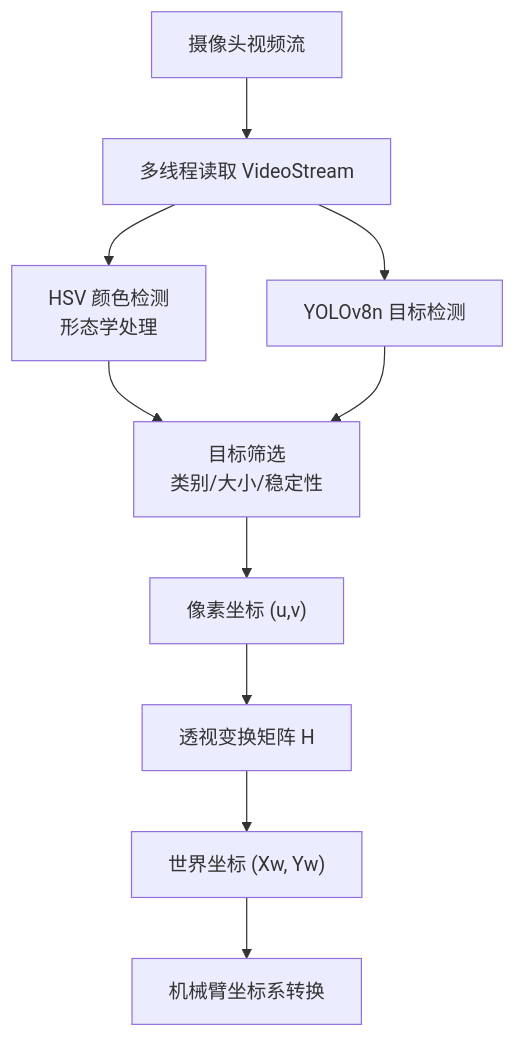
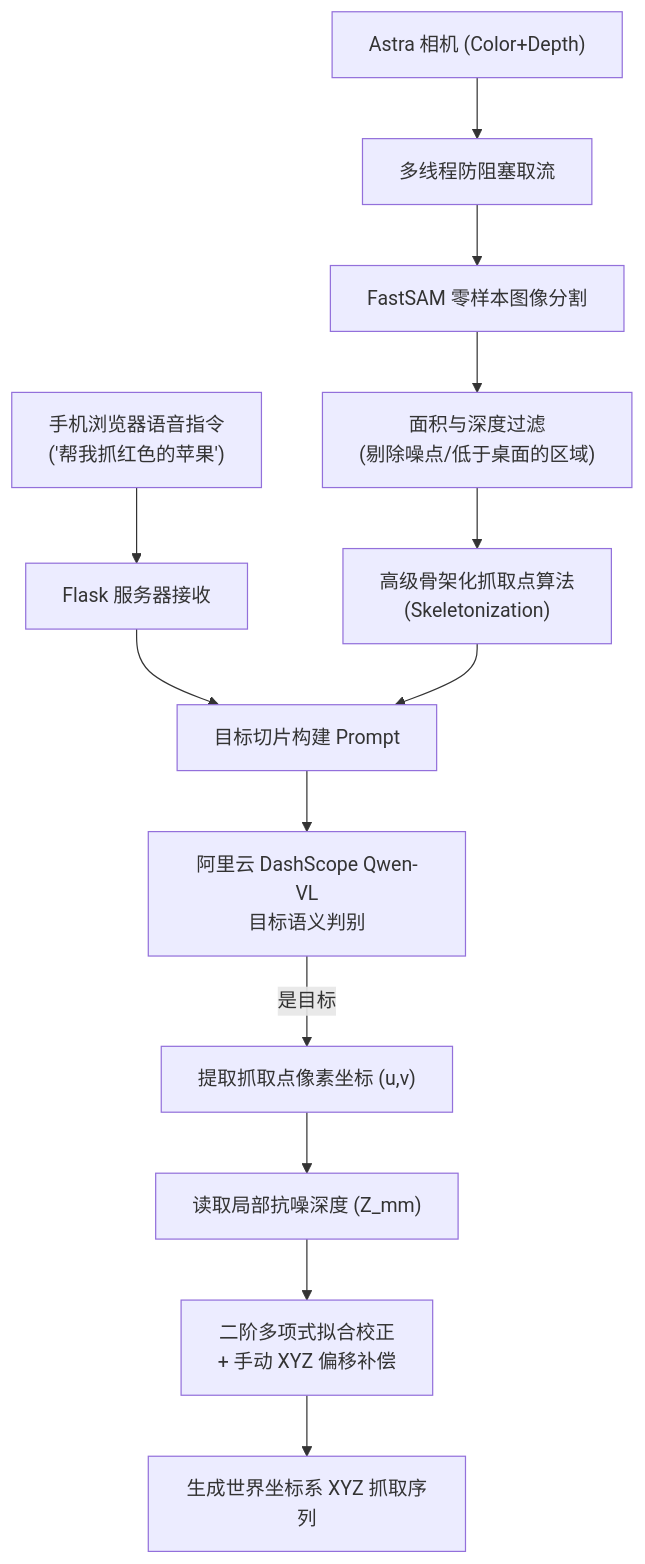
The second of 3 diagrams in README.md (metaphordivine/LeArm-Vision-Gesture-Control), drawn with Mermaid before and after one commit. The commit also changed other lines of this file, not shown here.

````diff
--- a/README.md
+++ b/README.md
@@ -56,13 +61,17 @@
 ```mermaid
 flowchart TD
-    A1["摄像头视频流"] --> A2["多线程读取 VideoStream"]
-    A2 --> A3["HSV 颜色检测<br>形态学处理"]
-    A2 --> A4["YOLOv8n 目标检测"]
-    A3 --> A5["目标筛选<br>类别/大小/稳定性"]
-    A4 --> A5
-    A5 --> A6["像素坐标 (u,v)"]
-    A6 --> A7["透视变换矩阵 H"]
-    A7 --> A8["世界坐标 (Xw, Yw)"]
-    A8 --> A9["机械臂坐标系转换"]
-
+    A1["Astra 相机 (Color+Depth)"] --> A2["多线程防阻塞取流"]
+    A2 --> A3["FastSAM 零样本图像分割"]
+    A3 --> A4["面积与深度过滤<br>(剔除噪点/低于桌面的区域)"]
+    A4 --> A5["高级骨架化抓取点算法<br>(Skeletonization)"]
+    
+    U1["手机浏览器语音指令<br>('帮我抓红色的苹果')"] --> U2["Flask 服务器接收"]
+    U2 --> A6
+    
+    A5 --> A6["目标切片构建 Prompt"]
+    A6 --> A7["阿里云 DashScope Qwen-VL<br>目标语义判别"]
+    A7 -->|是目标| A8["提取抓取点像素坐标 (u,v)"]
+    A8 --> A9["读取局部抗噪深度 (Z_mm)"]
+    A9 --> A10["二阶多项式拟合校正<br>+ 手动 XYZ 偏移补偿"]
+    A10 --> A11["生成世界坐标系 XYZ 抓取序列"]
 ```
````
